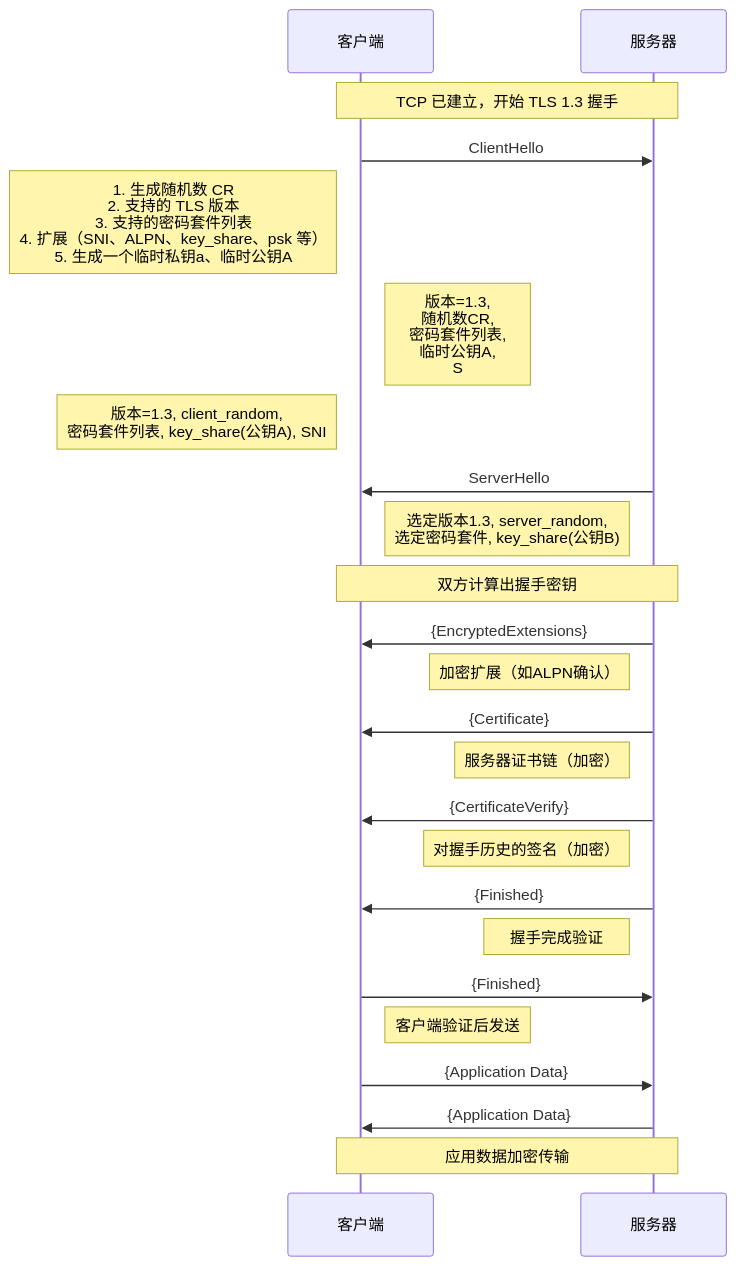
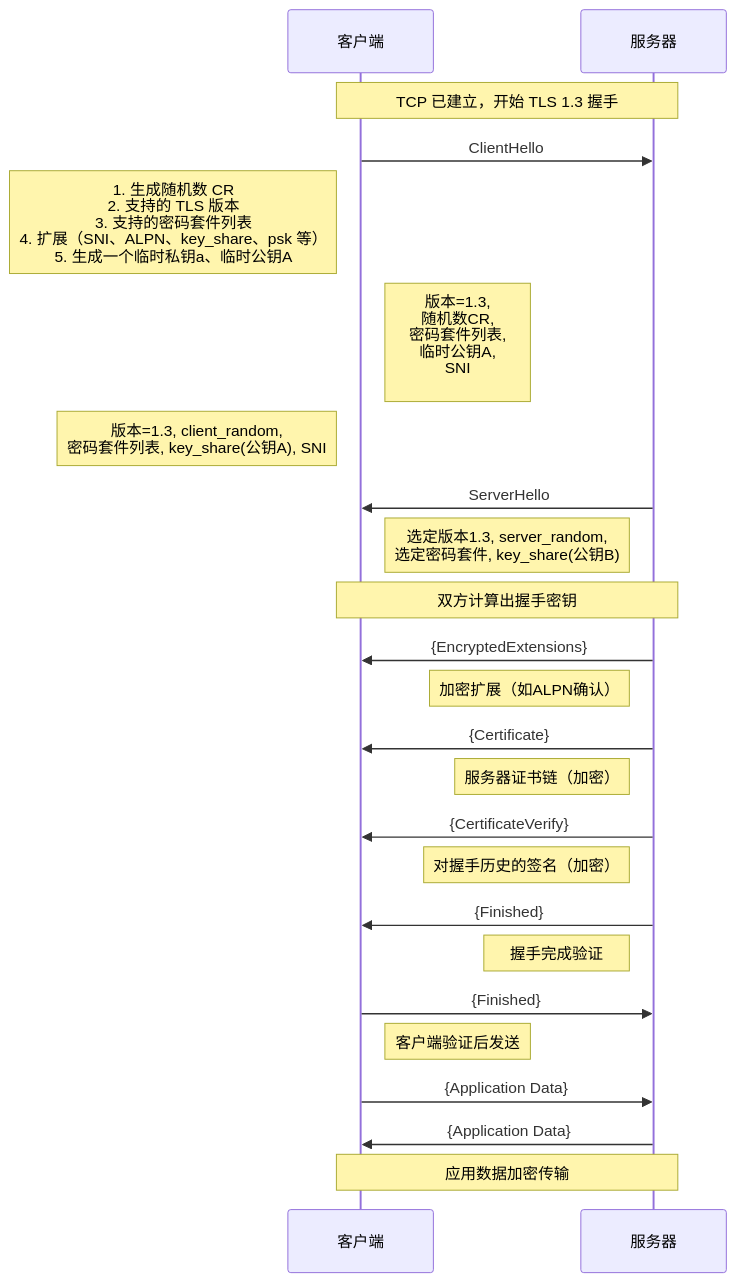
The diagram in all/TLS-1.3-通用.md (HY-10-8/iodraw-files), drawn with Mermaid before and after one commit.

Commit message:
2026-03-30 17:58:29 update

````diff
--- a/all/TLS-1.3-通用.md
+++ b/all/TLS-1.3-通用.md
@@ -1,36 +1,36 @@
 ```mermaid
 sequenceDiagram
     participant C as 客户端
     participant S as 服务器
 
     Note over C,S: TCP 已建立，开始 TLS 1.3 握手
 
     C->>S: ClientHello
     Note left of C: 1. 生成随机数 CR<br/> 2. 支持的 TLS 版本<br/> 3. 支持的密码套件列表<br/> 4. 扩展（SNI、ALPN、key_share、psk 等）<br/> 5. 生成一个临时私钥a、临时公钥A
-    Note right of C: 版本=1.3,<br/> 随机数CR,<br/> 密码套件列表,<br/> 临时公钥A,<br/> S
+    Note right of C: 版本=1.3,<br/> 随机数CR,<br/> 密码套件列表,<br/> 临时公钥A,<br/> SNI<br/> 
     Note left of C: 版本=1.3, client_random,<br/> 密码套件列表, key_share(公钥A), SNI
 
     S->>C: ServerHello
     Note left of S: 选定版本1.3, server_random,<br/> 选定密码套件, key_share(公钥B)
 
     Note over C,S: 双方计算出握手密钥
 
     S->>C: {EncryptedExtensions}
     Note left of S: 加密扩展（如ALPN确认）
 
     S->>C: {Certificate}
     Note left of S: 服务器证书链（加密）
 
     S->>C: {CertificateVerify}
     Note left of S: 对握手历史的签名（加密）
 
     S->>C: {Finished}
     Note left of S: 握手完成验证
 
     C->>S: {Finished}
     Note right of C: 客户端验证后发送
 
     C->>S: {Application Data}
     S->>C: {Application Data}
     Note over C,S: 应用数据加密传输
 ```
````
